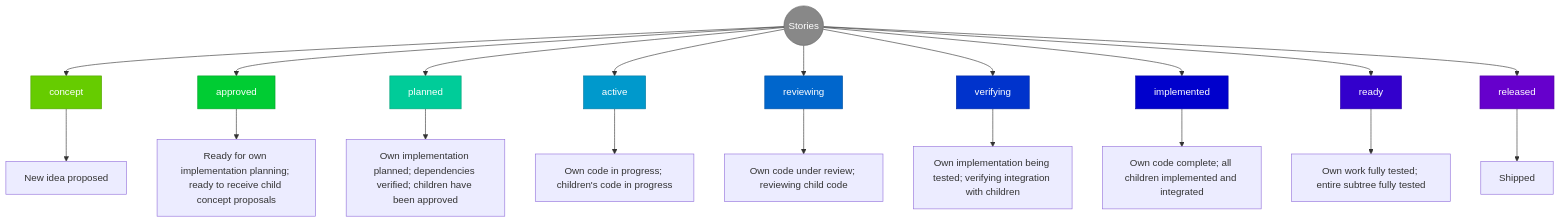
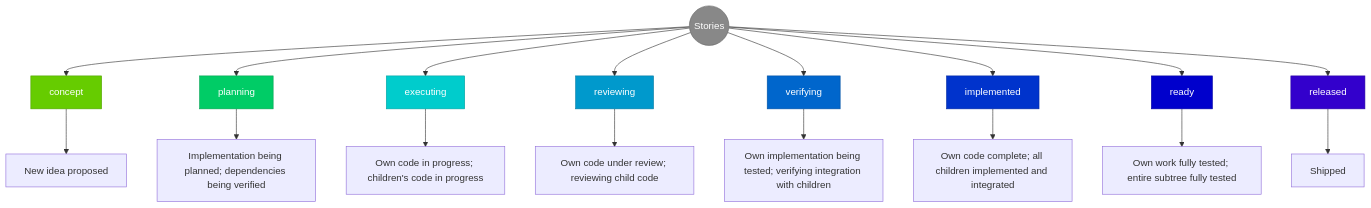
The first of 12 diagrams in claude/skills/story-tree/references/workflow-diagrams.md (Mharbulous/StoryTree), drawn with Mermaid before and after one commit. The commit also changed other lines of this file, not shown here.

````diff
--- a/claude/skills/story-tree/references/workflow-diagrams.md
+++ b/claude/skills/story-tree/references/workflow-diagrams.md
@@ -49,63 +49,57 @@
 ```mermaid
 flowchart TB
     root((Stories))
 
     concept[concept]
     concept_desc[New idea proposed]
 
-    approved[approved]
-    approved_desc[Ready for own implementation planning; ready to receive child concept proposals]
+    planning[planning]
+    planning_desc[Implementation being planned; dependencies being verified]
 
-    planned[planned]
-    planned_desc[Own implementation planned; dependencies verified; children have been approved]
-
-    active[active]
-    active_desc[Own code in progress; children's code in progress]
+    executing[executing]
+    executing_desc[Own code in progress; children's code in progress]
 
     reviewing[reviewing]
     reviewing_desc[Own code under review; reviewing child code]
 
     verifying[verifying]
     verifying_desc[Own implementation being tested; verifying integration with children]
 
     implemented[implemented]
     implemented_desc[Own code complete; all children implemented and integrated]
 
     ready[ready]
     ready_desc[Own work fully tested; entire subtree fully tested]
 
     released[released]
     released_desc[Shipped]
 
     root --> concept --> concept_desc
-    root --> approved --> approved_desc
-    root --> planned --> planned_desc
-    root --> active --> active_desc
+    root --> planning --> planning_desc
+    root --> executing --> executing_desc
     root --> reviewing --> reviewing_desc
     root --> verifying --> verifying_desc
     root --> implemented --> implemented_desc
     root --> ready --> ready_desc
     root --> released --> released_desc
 
     classDef rootStyle fill:#888888,stroke:#666,color:#fff
     classDef conceptStyle fill:#66CC00,stroke:#52A300,color:#fff
-    classDef approvedStyle fill:#00CC33,stroke:#00A329,color:#fff
-    classDef plannedStyle fill:#00CC99,stroke:#00A37A,color:#fff
-    classDef activeStyle fill:#0099CC,stroke:#007AA3,color:#fff
-    classDef reviewingStyle fill:#0066CC,stroke:#0052A3,color:#fff
-    classDef verifyingStyle fill:#0033CC,stroke:#0029A3,color:#fff
-    classDef implementedStyle fill:#0000CC,stroke:#0000A3,color:#fff
-    classDef readyStyle fill:#3300CC,stroke:#2900A3,color:#fff
-    classDef releasedStyle fill:#6600CC,stroke:#5200A3,color:#fff
+    classDef planningStyle fill:#00CC66,stroke:#00A352,color:#fff
+    classDef executingStyle fill:#00CCCC,stroke:#00A3A3,color:#fff
+    classDef reviewingStyle fill:#0099CC,stroke:#007AA3,color:#fff
+    classDef verifyingStyle fill:#0066CC,stroke:#0052A3,color:#fff
+    classDef implementedStyle fill:#0033CC,stroke:#0029A3,color:#fff
+    classDef readyStyle fill:#0000CC,stroke:#0000A3,color:#fff
+    classDef releasedStyle fill:#3300CC,stroke:#2900A3,color:#fff
 
     class root rootStyle
     class concept conceptStyle
-    class approved approvedStyle
-    class planned plannedStyle
-    class active activeStyle
+    class planning planningStyle
+    class executing executingStyle
     class reviewing reviewingStyle
     class verifying verifyingStyle
     class implemented implementedStyle
     class ready readyStyle
     class released releasedStyle
 ```
````
